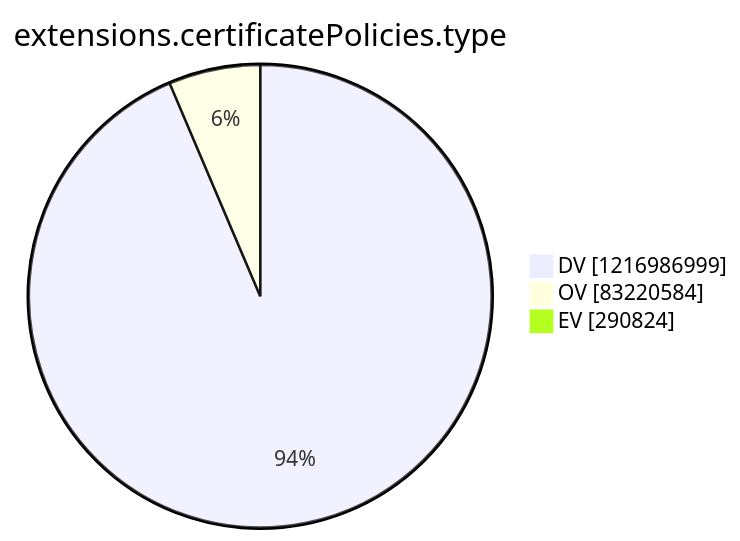
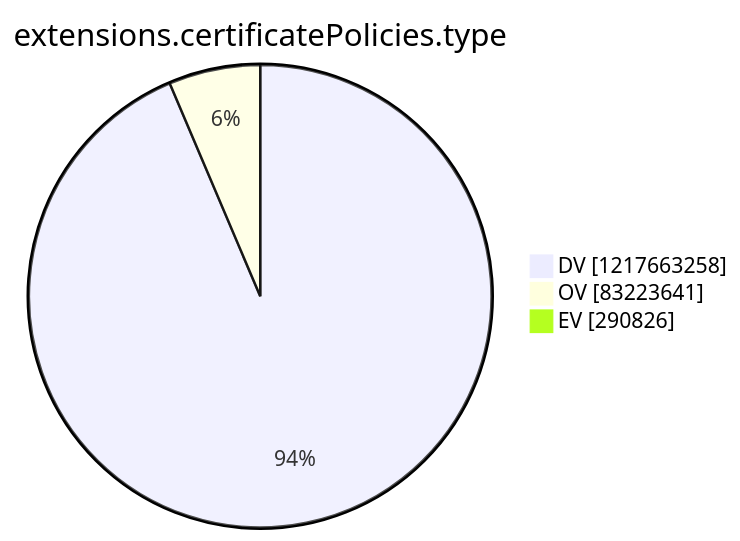
The tenth of 15 diagrams in argon2022/README.md (christiankrug/ctmonitor_visualization), drawn with Mermaid before and after one commit. The commit also changed other lines of this file, not shown here.

````diff
--- a/argon2022/README.md
+++ b/argon2022/README.md
@@ -2769,7 +2769,7 @@
 ```mermaid
 pie showData
 title extensions.certificatePolicies.type
-"DV" :1216986999
-"OV" :83220584
-"EV" :290824
+"DV" :1217663258
+"OV" :83223641
+"EV" :290826
 ```
````
